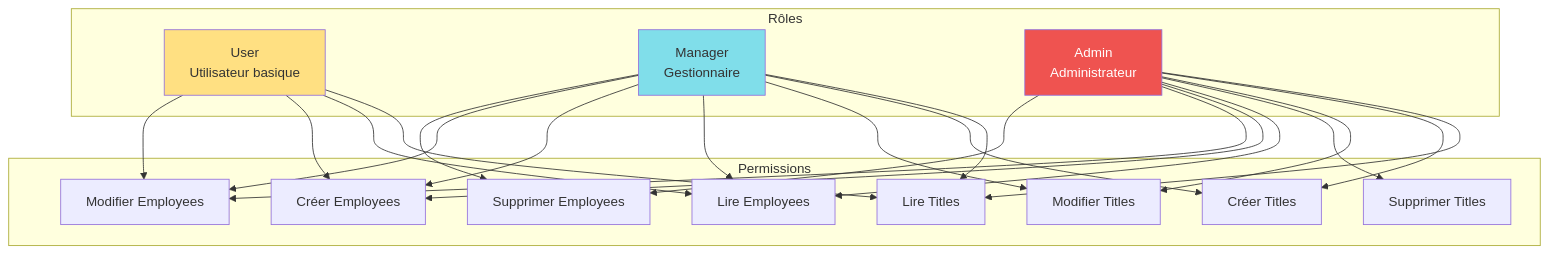
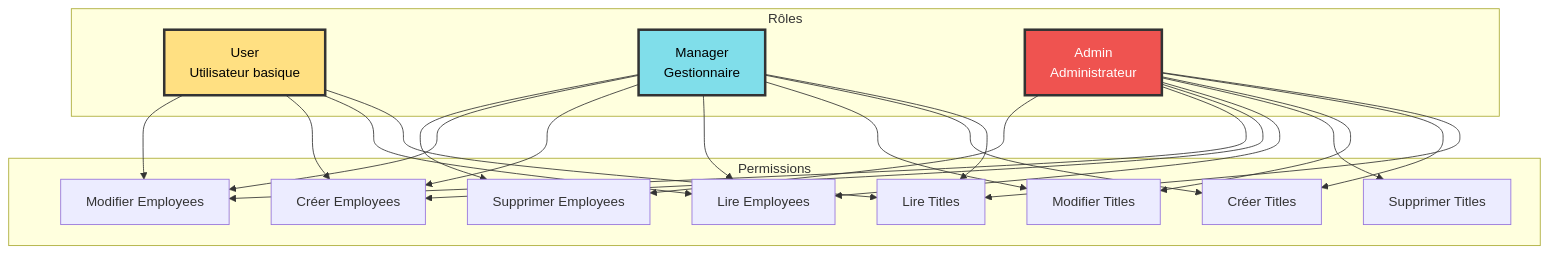
One commit to inskillflow/ASPNETCORE-WEB-API-XtraWork-PART-2-INTEGRER-INTERFACES-1 changed the seventh of 12 diagrams in XtraWork/14-GUIDE_COMPLET_DEBUTANT.md. Above: the diagram before and after it, drawn with Mermaid. The commit also changed other lines of this file, not shown here.

````diff
--- a/XtraWork/14-GUIDE_COMPLET_DEBUTANT.md
+++ b/XtraWork/14-GUIDE_COMPLET_DEBUTANT.md
@@ -492,45 +492,45 @@
 ```mermaid
 graph TD
     subgraph Rôles
         User[User<br/>Utilisateur basique]
         Manager[Manager<br/>Gestionnaire]
         Admin[Admin<br/>Administrateur]
     end
     
     subgraph Permissions
         ReadT[Lire Titles]
         CreateT[Créer Titles]
         UpdateT[Modifier Titles]
         DeleteT[Supprimer Titles]
         ReadE[Lire Employees]
         CreateE[Créer Employees]
         UpdateE[Modifier Employees]
         DeleteE[Supprimer Employees]
     end
     
     User --> ReadT
     User --> ReadE
     User --> CreateE
     User --> UpdateE
     
     Manager --> ReadT
     Manager --> CreateT
     Manager --> UpdateT
     Manager --> ReadE
     Manager --> CreateE
     Manager --> UpdateE
     Manager --> DeleteE
     
     Admin --> ReadT
     Admin --> CreateT
     Admin --> UpdateT
     Admin --> DeleteT
     Admin --> ReadE
     Admin --> CreateE
     Admin --> UpdateE
     Admin --> DeleteE
     
-    style User fill:#FFE082
-    style Manager fill:#80DEEA
-    style Admin fill:#EF5350,color:#fff
+    style User fill:#FFE082,color:#000,stroke:#333,stroke-width:3px
+    style Manager fill:#80DEEA,color:#000,stroke:#333,stroke-width:3px
+    style Admin fill:#EF5350,color:#fff,stroke:#333,stroke-width:3px
 ```
````
